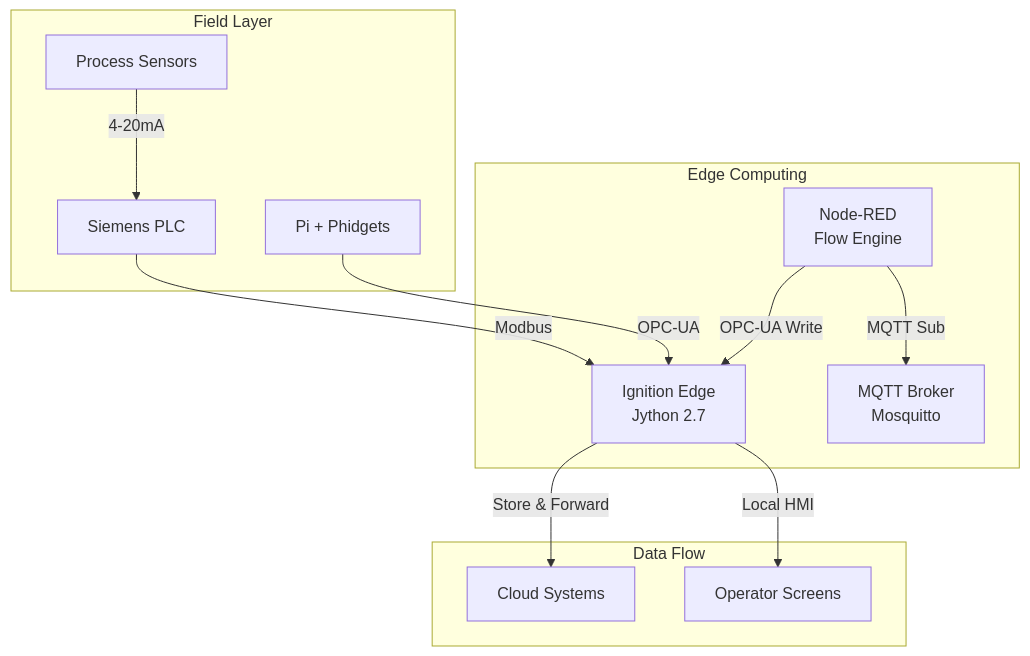
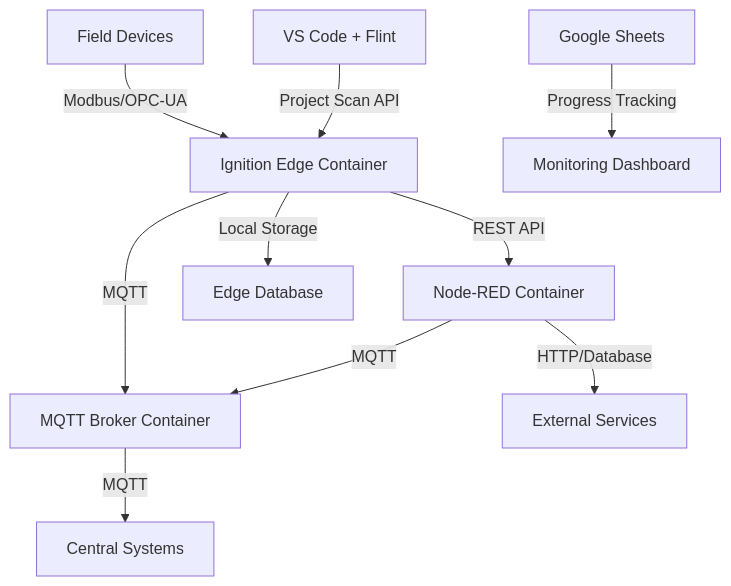
Before and after one commit to slimstrongarm/industrial-iot-stack: the diagram in STACK-OVERVIEW.md, drawn with Mermaid. The commit also changed other lines of this file and 75 other files, not shown here.

````diff
--- a/STACK-OVERVIEW.md
+++ b/STACK-OVERVIEW.md
@@ -7,24 +10,12 @@
 ```mermaid
 graph TD
-    subgraph "Field Layer"
-        A1[Siemens PLC] 
-        A2[Pi + Phidgets]
-        A3[Process Sensors]
-    end
-    
-    subgraph "Edge Computing"
-        B[Ignition Edge<br/>Jython 2.7]
-        D[Node-RED<br/>Flow Engine]
-        C[MQTT Broker<br/>Mosquitto]
-    end
-    
-    subgraph "Data Flow"
-        A1 -->|Modbus| B
-        A2 -->|OPC-UA| B
-        A3 -->|4-20mA| A1
-        D -->|MQTT Sub| C
-        D -->|OPC-UA Write| B
-        B -->|Store & Forward| E[Cloud Systems]
-        B -->|Local HMI| F[Operator Screens]
-    end
+    A[Field Devices] -->|Modbus/OPC-UA| B[Ignition Edge Container]
+    B -->|MQTT| C[MQTT Broker Container]
+    B -->|REST API| D[Node-RED Container]
+    D -->|MQTT| C
+    C -->|MQTT| E[Central Systems]
+    D -->|HTTP/Database| F[External Services]
+    B -->|Local Storage| G[Edge Database]
+    H[VS Code + Flint] -->|Project Scan API| B
+    I[Google Sheets] -->|Progress Tracking| J[Monitoring Dashboard]
 ```
````
